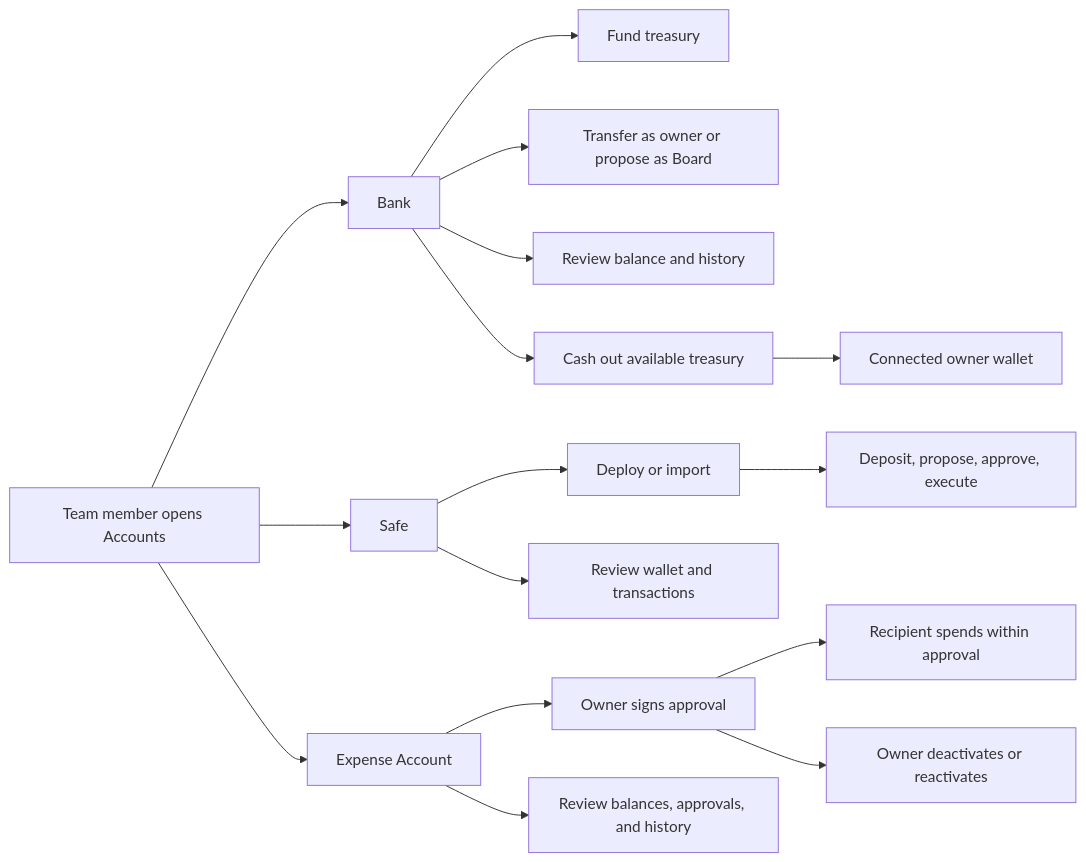
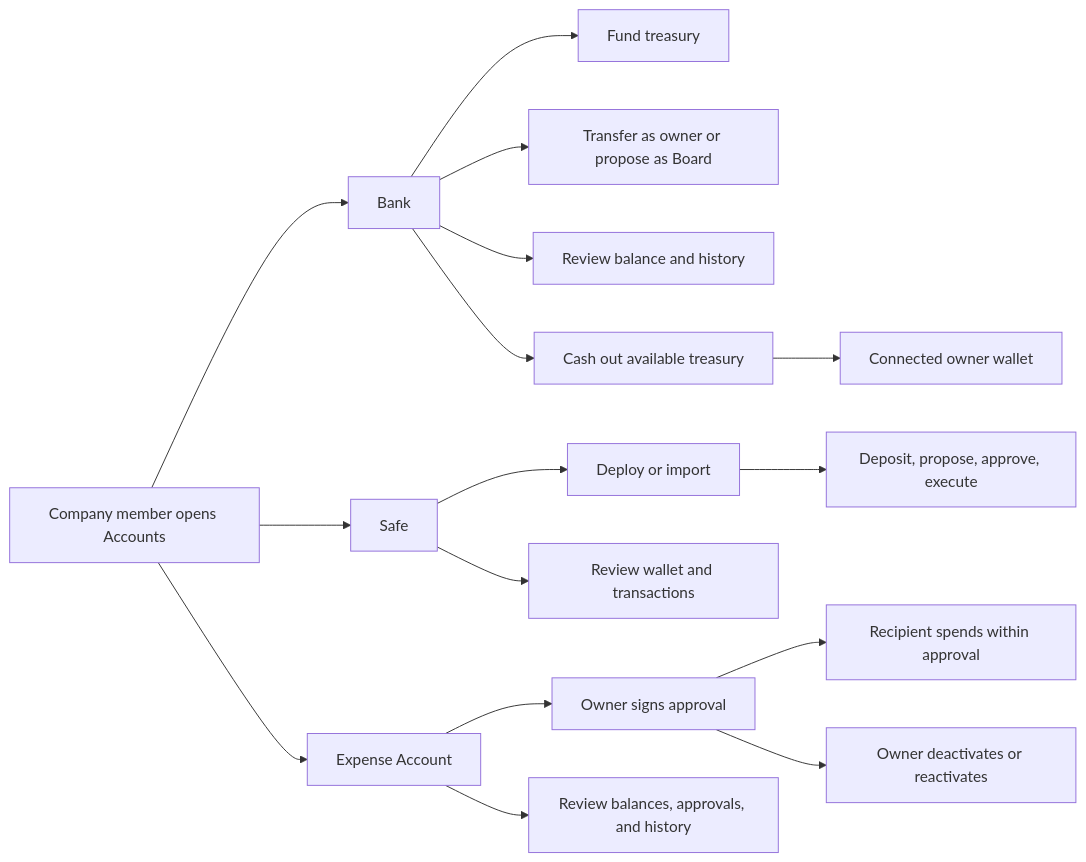
One commit to globe-and-citizen/cnc-portal changed the diagram in docs/features/accounts/README.md. Above: the diagram before and after it, drawn with Mermaid. The commit also changed other lines of this file and 11 other files, not shown here.

````diff
--- a/docs/features/accounts/README.md
+++ b/docs/features/accounts/README.md
@@ -29,21 +29,21 @@
 ```mermaid
 flowchart LR
-    Member[Team member opens Accounts] --> Bank[Bank]
+    Member[Company member opens Accounts] --> Bank[Bank]
     Member --> Safe[Safe]
     Member --> Expense[Expense Account]
 
     Bank --> FundBank[Fund treasury]
     Bank --> TransferBank[Transfer as owner or propose as Board]
     Bank --> ReviewBank[Review balance and history]
     Bank --> CashOut[Cash out available treasury]
     CashOut --> OwnerWallet[Connected owner wallet]
 
     Safe --> SetupSafe[Deploy or import]
     SetupSafe --> OperateSafe[Deposit, propose, approve, execute]
     Safe --> ReviewSafe[Review wallet and transactions]
 
     Expense --> Grant[Owner signs approval]
     Grant --> Spend[Recipient spends within approval]
     Grant --> Manage[Owner deactivates or reactivates]
     Expense --> ReviewExpense[Review balances, approvals, and history]
 ```
````
